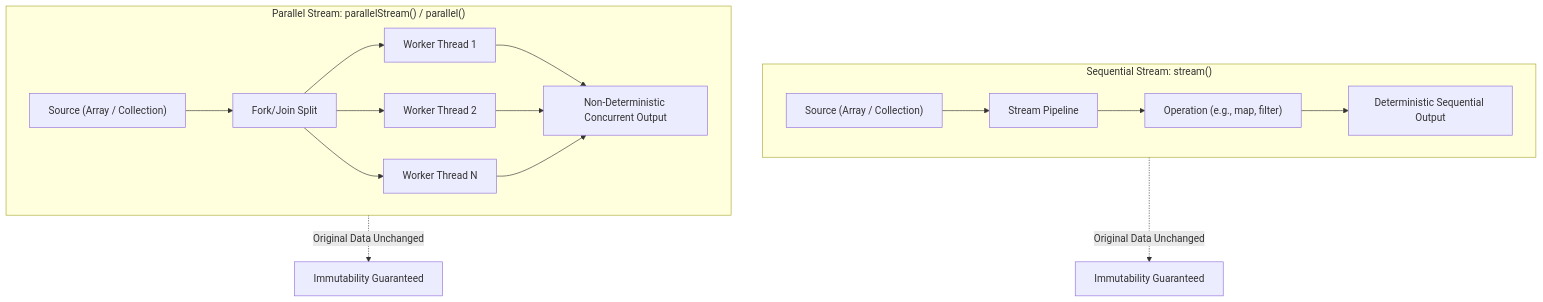
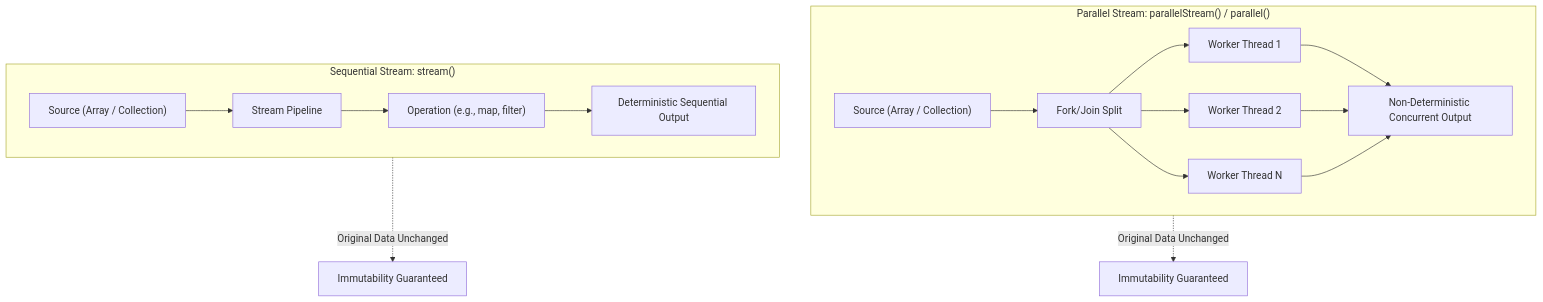
Before and after one commit to rensaputra/res.id.au: the diagram in docs/java-professional/objects-and-apis/6-functional-programming/streams.mdx, drawn with Mermaid. The commit also changed other lines of this file and 1 other file, not shown here.

Commit message:
feat: Common Streams Operation

````diff
--- a/docs/java-professional/objects-and-apis/6-functional-programming/streams.mdx
+++ b/docs/java-professional/objects-and-apis/6-functional-programming/streams.mdx
@@ -17,22 +17,21 @@
 ```mermaid
 flowchart TD
-    subgraph SequentialStream ["Sequential Stream: stream()"]
-        direction LR
-        S1["Source (Array / Collection)"] --> S2["Stream Pipeline"]
-        S2 --> S3["Operation (e.g., map, filter)"]
-        S3 --> S4["Deterministic Sequential Output"]
-    end
-
     subgraph ParallelStream ["Parallel Stream: parallelStream() / parallel()"]
         direction LR
         P1["Source (Array / Collection)"] --> P2["Fork/Join Split"]
         P2 --> T1["Worker Thread 1"]
         P2 --> T2["Worker Thread 2"]
         P2 --> T3["Worker Thread N"]
         T1 & T2 & T3 --> P3["Non-Deterministic Concurrent Output"]
     end
 
+    subgraph SequentialStream ["Sequential Stream: stream()"]
+        direction LR
+        S1["Source (Array / Collection)"] --> S2["Stream Pipeline"]
+        S2 --> S3["Operation (e.g., map, filter)"]
+        S3 --> S4["Deterministic Sequential Output"]
+    end
+
     S1 -.->|Original Data Unchanged| Safe1["Immutability Guaranteed"]
     P1 -.->|Original Data Unchanged| Safe2["Immutability Guaranteed"]
-
 ```
````
